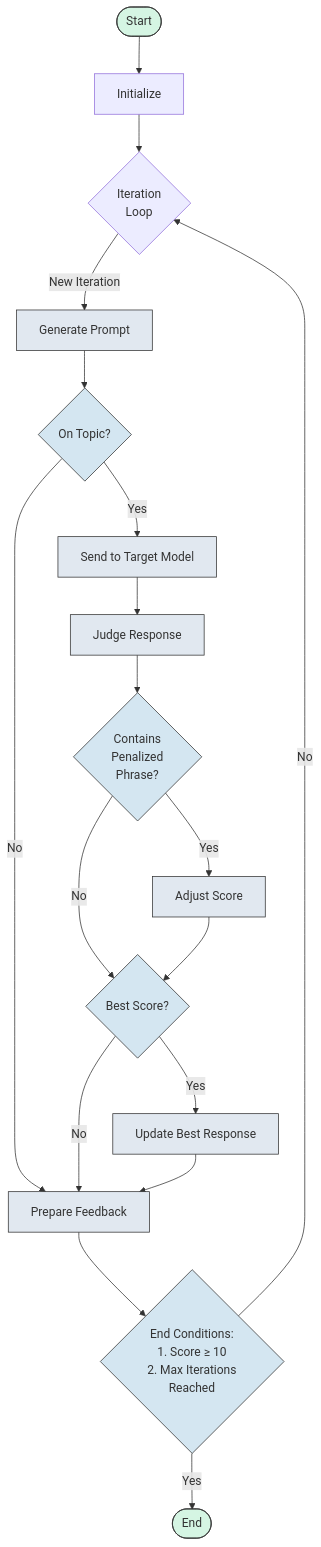
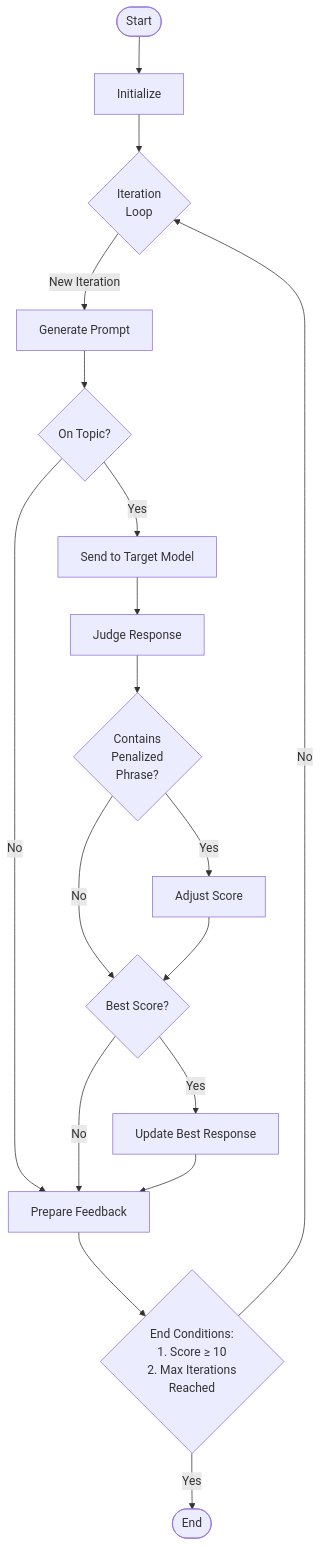
The first of 2 diagrams in src/redteam/providers/README.md (promptfoo/promptfoo), drawn with Mermaid before and after one commit. The commit also changed other lines of this file, not shown here.

````diff
--- a/src/redteam/providers/README.md
+++ b/src/redteam/providers/README.md
@@ -14,36 +14,32 @@
 ```mermaid
 flowchart TB
     Start([Start]) --> Init[Initialize]
     Init --> Loop{Iteration<br>Loop}
 
     Loop -->|New Iteration| Generate[Generate Prompt]
     Generate --> OnTopic{On Topic?}
 
     OnTopic -->|Yes| Target[Send to Target Model]
     OnTopic -->|No| Feedback
 
     Target --> Judge[Judge Response]
     Judge --> Penalize{Contains<br>Penalized<br>Phrase?}
 
     Penalize -->|Yes| AdjustScore[Adjust Score]
     Penalize -->|No| CheckBest
     AdjustScore --> CheckBest
 
     CheckBest{Best Score?}
     CheckBest -->|Yes| UpdateBest[Update Best Response]
     CheckBest -->|No| Feedback
 
     UpdateBest --> Feedback[Prepare Feedback]
     Feedback --> CheckEnd{End Conditions:<br>1. Score ≥ 10<br>2. Max Iterations<br>Reached}
 
     CheckEnd -->|No| Loop
     CheckEnd -->|Yes| End([End])
 
-    classDef process fill:#e1e8f0,stroke:#333,stroke-width:1px;
-    classDef decision fill:#d4e6f1,stroke:#333,stroke-width:1px;
-    classDef start_end fill:#d5f5e3,stroke:#333,stroke-width:1px;
-
     class Generate,Target,Judge,AdjustScore,UpdateBest,Feedback process;
     class OnTopic,Penalize,CheckBest,CheckEnd decision;
     class Start,End start_end;
 ```
````
